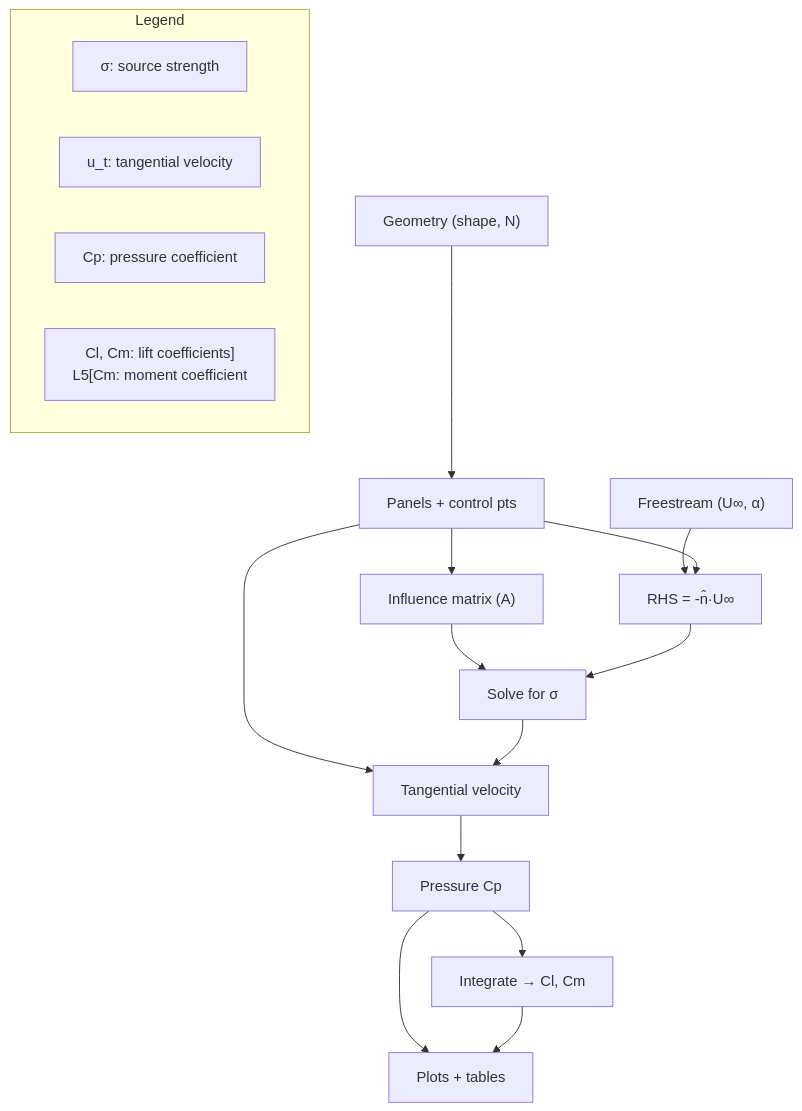
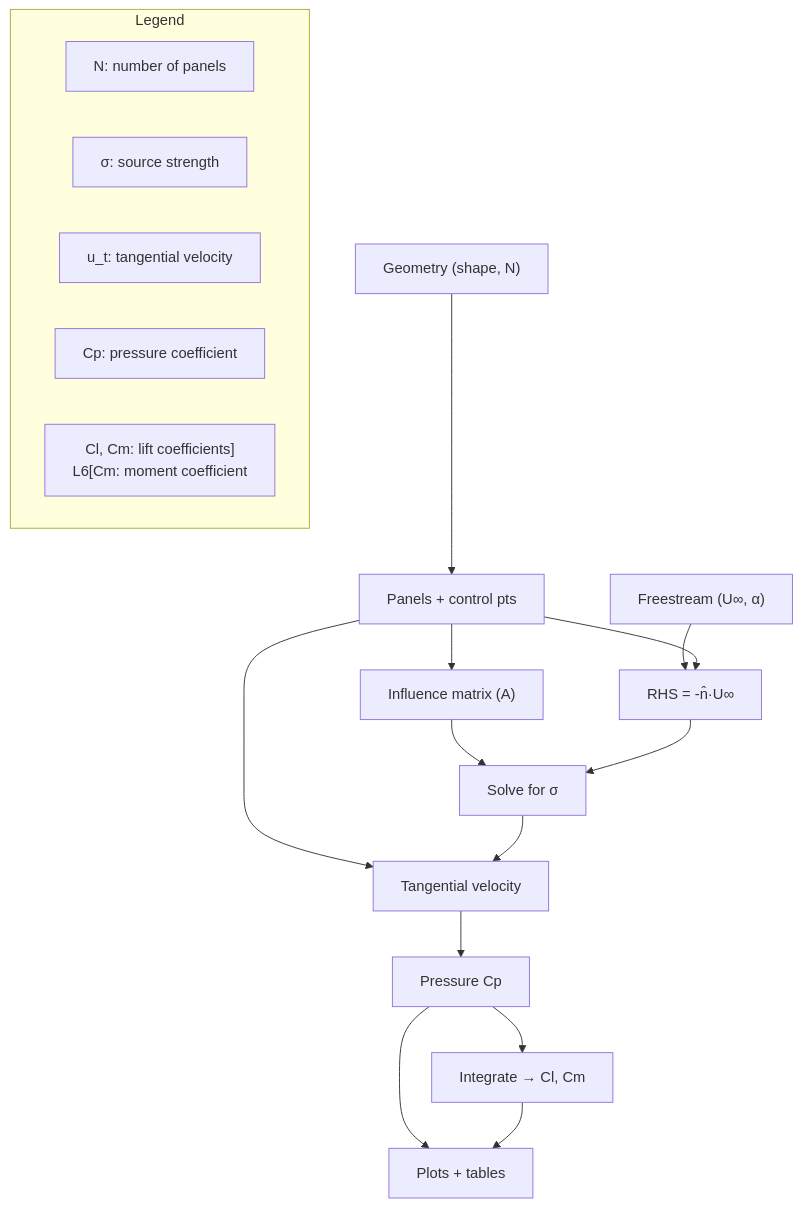
The diagram in README.md (andytorrestb/AeroPanel), drawn with Mermaid before and after one commit.

````diff
--- a/README.md
+++ b/README.md
@@ -98,34 +98,35 @@
 ```mermaid
 flowchart TD
   U["Freestream (U∞, α)"]
   G["Geometry (shape, N)"]
   Geo["Panels + control pts"]
   A["Influence matrix (A)"]
   RHS["RHS = -n̂·U∞"]
   Solve["Solve for σ"]
   Ut["Tangential velocity"]
   Cp["Pressure Cp"]
   Forces["Integrate → Cl, Cm"]
   Output["Plots + tables"]
 
   U --> RHS
   G --> Geo
   Geo --> A
   Geo --> RHS
   Geo --> Ut
   A --> Solve
   RHS --> Solve
   Solve --> Ut
   Ut --> Cp
   Cp --> Forces
   Cp --> Output
   Forces --> Output
 
   subgraph Legend
-    L1["σ: source strength"]
-    L2["u_t: tangential velocity"]
-    L3["Cp: pressure coefficient"]
-    L4["Cl, Cm: lift coefficients]
-    L5["Cm:  moment coefficient]
+    L1["N: number of panels"]
+    L2["σ: source strength"]
+    L3["u_t: tangential velocity"]
+    L4["Cp: pressure coefficient"]
+    L5["Cl, Cm: lift coefficients]
+    L6["Cm:  moment coefficient]
   end
 ```
````
